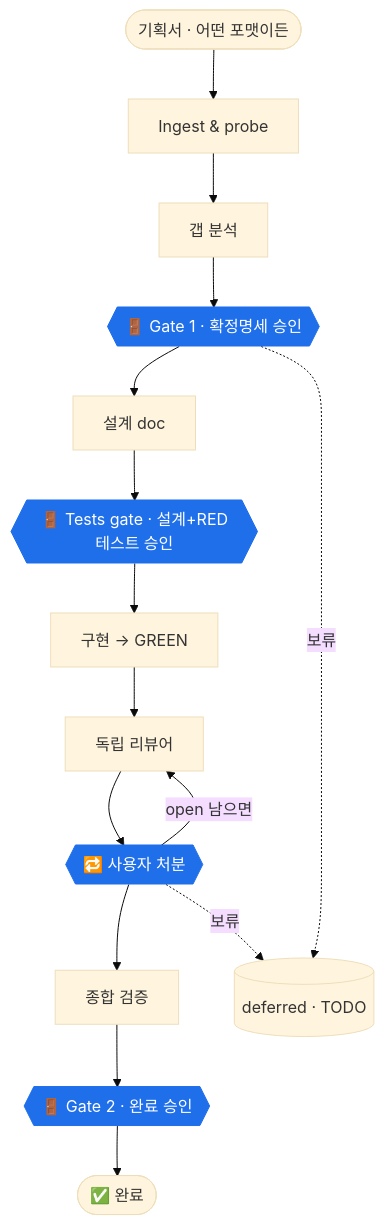
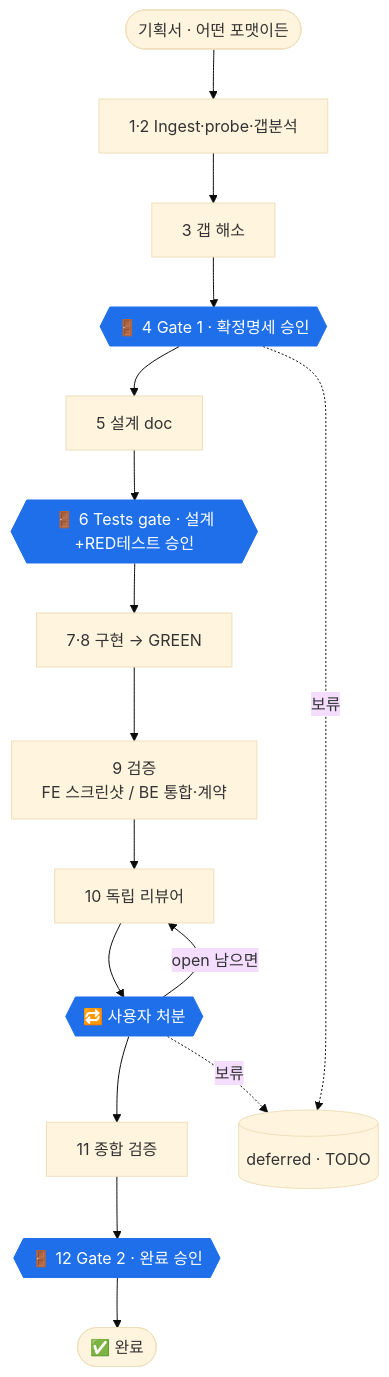
The diagram in README.md (Seokwoodang/spec-to-code), drawn with Mermaid (base theme) before and after one commit. The commit also changed other lines of this file, not shown here.

Commit message:
docs: restore 12-phase order in README + clarify mermaid = frontend/backend spine (fullstack differs)

````diff
--- a/README.md
+++ b/README.md
@@ -33,19 +35,20 @@
 ```mermaid
 flowchart TD
-  S([기획서 · 어떤 포맷이든]) --> P1[Ingest & probe]
-  P1 --> P2[갭 분석]
-  P2 --> G1{{🚪 Gate 1 · 확정명세 승인}}
-  G1 --> P5[설계 doc]
-  P5 --> G2{{🚪 Tests gate · 설계+RED테스트 승인}}
-  G2 --> P7[구현 → GREEN]
-  P7 --> R[독립 리뷰어]
+  S([기획서 · 어떤 포맷이든]) --> P1[1·2 Ingest·probe·갭분석]
+  P1 --> P3[3 갭 해소]
+  P3 --> G1{{🚪 4 Gate 1 · 확정명세 승인}}
+  G1 --> P5[5 설계 doc]
+  P5 --> G2{{🚪 6 Tests gate · 설계+RED테스트 승인}}
+  G2 --> P7[7·8 구현 → GREEN]
+  P7 --> P9[9 검증<br/>FE 스크린샷 / BE 통합·계약]
+  P9 --> R[10 독립 리뷰어]
   R --> G3{{🔁 사용자 처분}}
   G3 -->|open 남으면| R
-  G3 --> P11[종합 검증]
-  P11 --> G4{{🚪 Gate 2 · 완료 승인}}
+  G3 --> P11[11 종합 검증]
+  P11 --> G4{{🚪 12 Gate 2 · 완료 승인}}
   G4 --> DONE([✅ 완료])
   G1 -.보류.-> F[(deferred · TODO)]
   G3 -.보류.-> F
   classDef gate fill:#1f6feb,color:#fff,stroke:#1f6feb;
   class G1,G2,G3,G4 gate;
 ```
````
